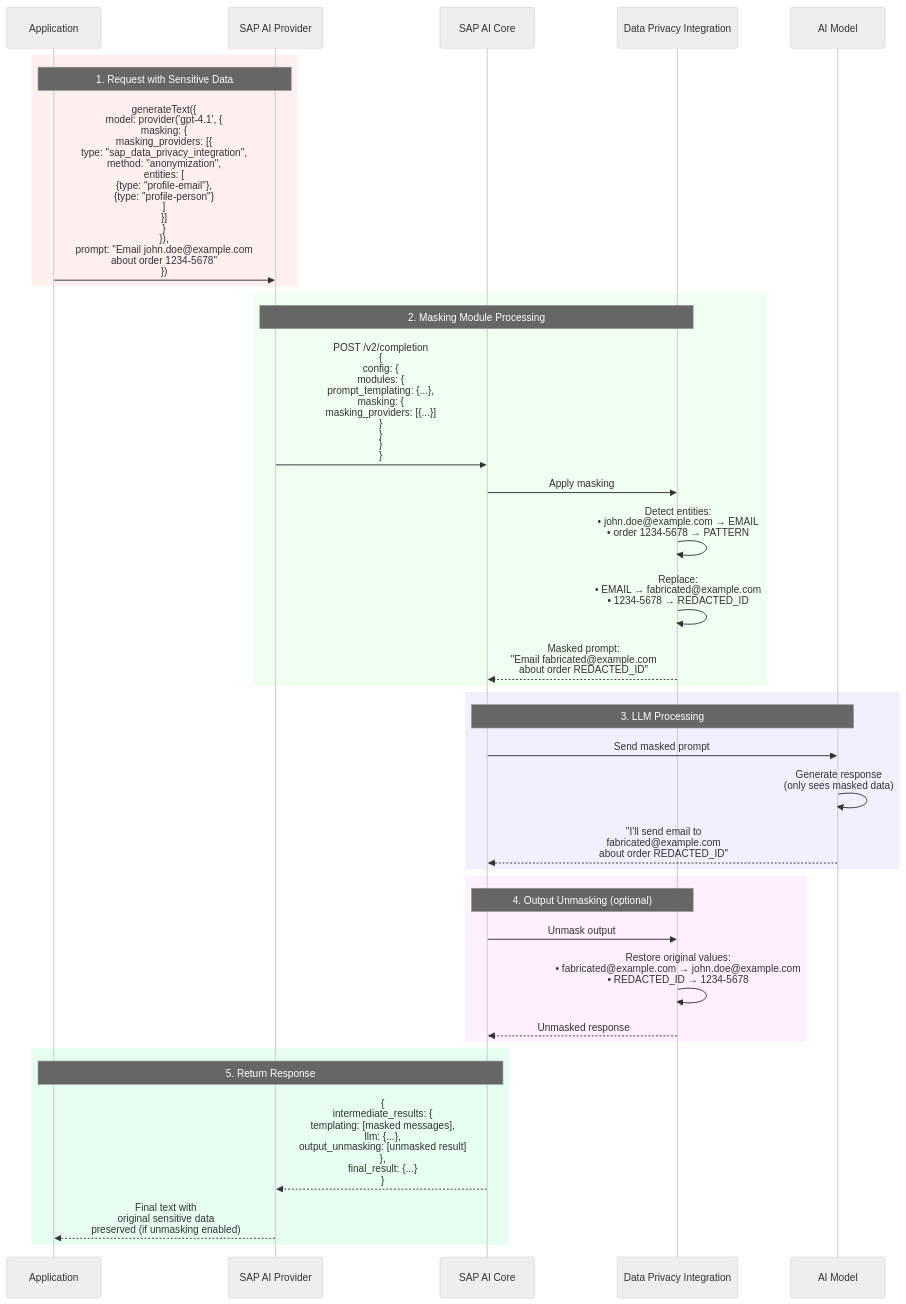
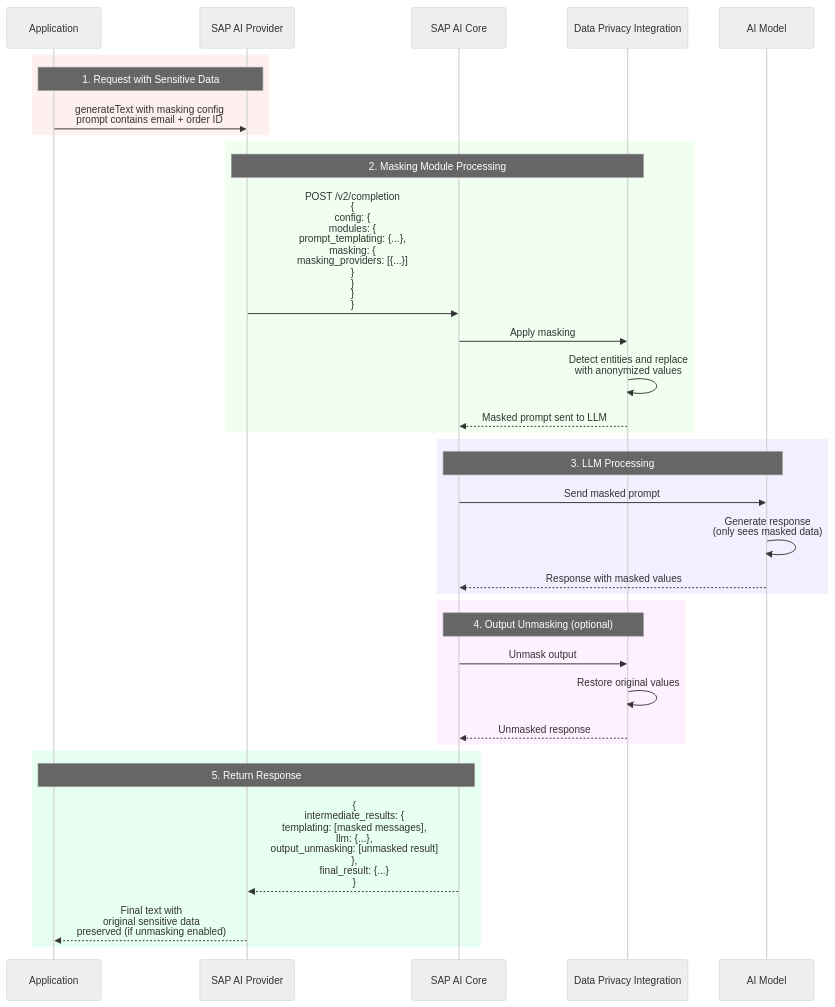
Before and after one commit to jerome-benoit/sap-ai-provider: the seventh of 11 diagrams in ARCHITECTURE.md, drawn with Mermaid (neutral theme). The commit also changed other lines of this file, not shown here.

Commit message:
fix: escape special chars in Mermaid diagrams for GitHub rendering

````diff
--- a/ARCHITECTURE.md
+++ b/ARCHITECTURE.md
@@ -788,42 +788,41 @@
 ```mermaid
 sequenceDiagram
     participant App as Application
     participant Provider as SAP AI Provider
     participant SAP as SAP AI Core
     participant DPI as Data Privacy Integration
     participant Model as AI Model
 
     rect rgb(255, 240, 240)
         Note over App,Provider: 1. Request with Sensitive Data
-        App->>Provider: generateText({<br/>  model: provider('gpt-4.1', {<br/>    masking: {<br/>      masking_providers: [{<br/>        type: "sap_data_privacy_integration",<br/>        method: "anonymization",<br/>        entities: [<br/>          {type: "profile-email"},<br/>          {type: "profile-person"}<br/>        ]<br/>      }]<br/>    }<br/>  }),<br/>  prompt: "Email john.doe@example.com<br/>          about order 1234-5678"<br/>})
+        App->>Provider: generateText with masking config<br/>prompt contains email + order ID
     end
 
     rect rgb(240, 255, 240)
         Note over Provider,DPI: 2. Masking Module Processing
         Provider->>SAP: POST /v2/completion<br/>{<br/>  config: {<br/>    modules: {<br/>      prompt_templating: {...},<br/>      masking: {<br/>        masking_providers: [{...}]<br/>      }<br/>    }<br/>  }<br/>}
         SAP->>DPI: Apply masking
-        DPI->>DPI: Detect entities:<br/>• john.doe@example.com → EMAIL<br/>• order 1234-5678 → PATTERN
-        DPI->>DPI: Replace:<br/>• EMAIL → fabricated@example.com<br/>• 1234-5678 → REDACTED_ID
-        DPI-->>SAP: Masked prompt:<br/>"Email fabricated@example.com<br/>about order REDACTED_ID"
+        DPI->>DPI: Detect entities and replace<br/>with anonymized values
+        DPI-->>SAP: Masked prompt sent to LLM
     end
 
     rect rgb(240, 240, 255)
         Note over SAP,Model: 3. LLM Processing
         SAP->>Model: Send masked prompt
         Model->>Model: Generate response<br/>(only sees masked data)
-        Model-->>SAP: "I'll send email to<br/>fabricated@example.com<br/>about order REDACTED_ID"
+        Model-->>SAP: Response with masked values
     end
 
     rect rgb(255, 240, 255)
         Note over SAP,DPI: 4. Output Unmasking (optional)
         SAP->>DPI: Unmask output
-        DPI->>DPI: Restore original values:<br/>• fabricated@example.com → john.doe@example.com<br/>• REDACTED_ID → 1234-5678
+        DPI->>DPI: Restore original values
         DPI-->>SAP: Unmasked response
     end
 
     rect rgb(230, 255, 240)
         Note over SAP,App: 5. Return Response
         SAP-->>Provider: {<br/>  intermediate_results: {<br/>    templating: [masked messages],<br/>    llm: {...},<br/>    output_unmasking: [unmasked result]<br/>  },<br/>  final_result: {...}<br/>}
         Provider-->>App: Final text with<br/>original sensitive data<br/>preserved (if unmasking enabled)
     end
 ```
````
